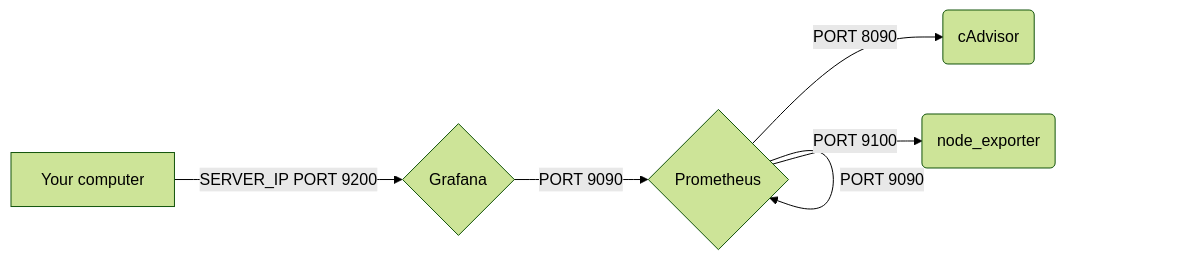
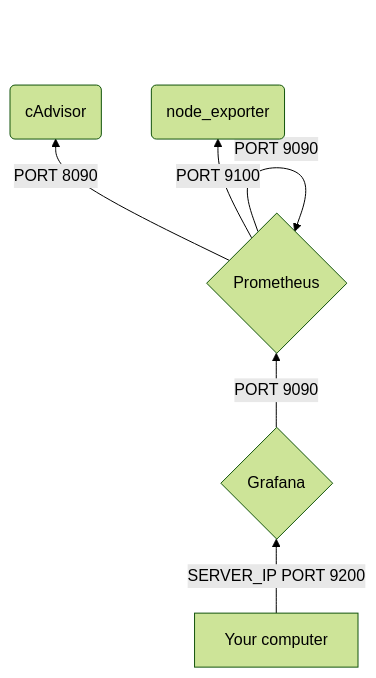
Before and after one commit to YR72dpi/debianMonitoring: the diagram in README.md, drawn with Mermaid (forest theme).

Commit message:
refactor mermaid direction

````diff
--- a/README.md
+++ b/README.md
@@ -13,14 +13,14 @@
 ```mermaid
-graph LR
+graph BT
 grafana{Grafana} 
 prometheus{Prometheus} 
 cAdvisor(cAdvisor) 
 node_exporter(node_exporter) 
 computer[Your computer] 
 
 prometheus -- PORT 8090 --> cAdvisor 
 prometheus -- PORT 9100 --> node_exporter 
 prometheus -- PORT 9090 --> prometheus 
 grafana -- PORT 9090 --> prometheus 
 computer -- SERVER_IP PORT 9200 --> grafana 
 ```
````
